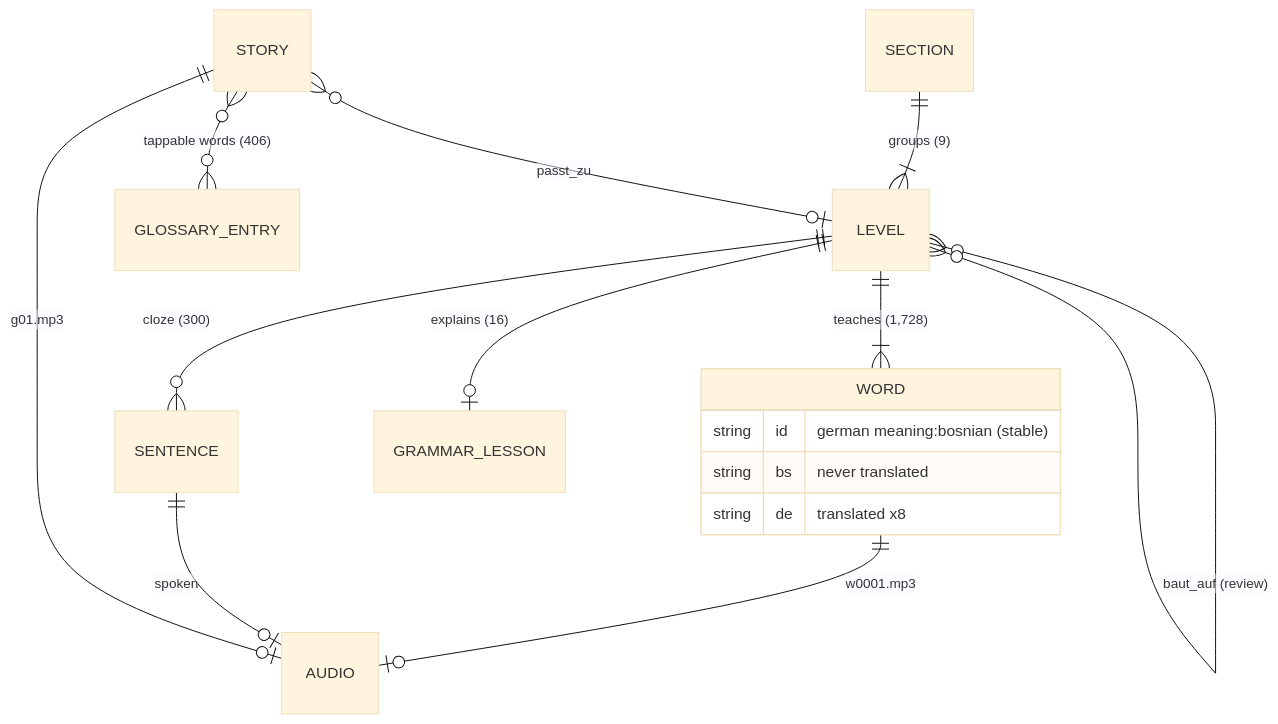
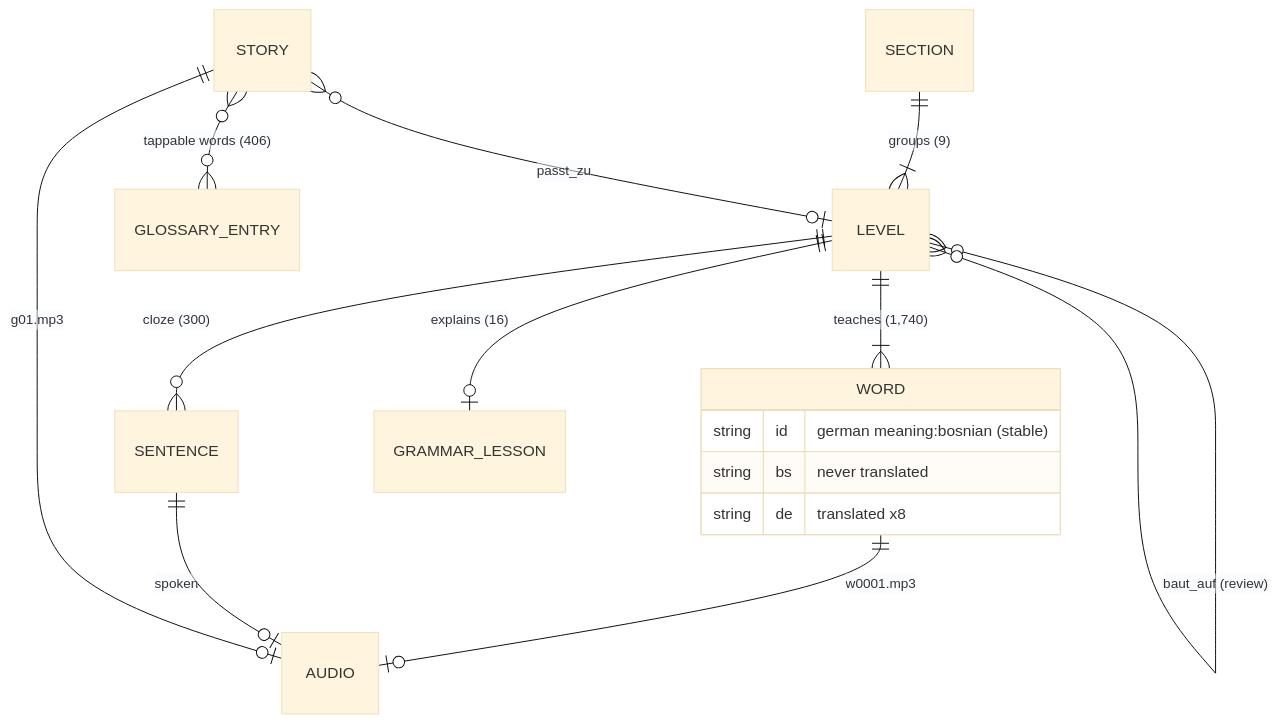
One commit to zmaj-lernapp/zmaj changed the second of 3 diagrams in docs/ARCHITECTURE.md. Above: the diagram before and after it, drawn with Mermaid (base theme). The commit also changed 53 other files, not shown here.

````diff
--- a/docs/ARCHITECTURE.md
+++ b/docs/ARCHITECTURE.md
@@ -51,18 +51,18 @@
 ```mermaid
 erDiagram
   SECTION ||--|{ LEVEL : "groups (9)"
-  LEVEL ||--|{ WORD : "teaches (1,728)"
+  LEVEL ||--|{ WORD : "teaches (1,740)"
   LEVEL ||--o{ SENTENCE : "cloze (300)"
   LEVEL ||--o| GRAMMAR_LESSON : "explains (16)"
   LEVEL }o--o{ LEVEL : "baut_auf (review)"
   STORY }o--o| LEVEL : "passt_zu"
   STORY }o--o{ GLOSSARY_ENTRY : "tappable words (406)"
   WORD ||--o| AUDIO : "w0001.mp3"
   SENTENCE ||--o| AUDIO : "spoken"
   STORY ||--o| AUDIO : "g01.mp3"
   WORD {
     string id "german meaning:bosnian (stable)"
     string bs "never translated"
     string de "translated x8"
   }
 ```
````
